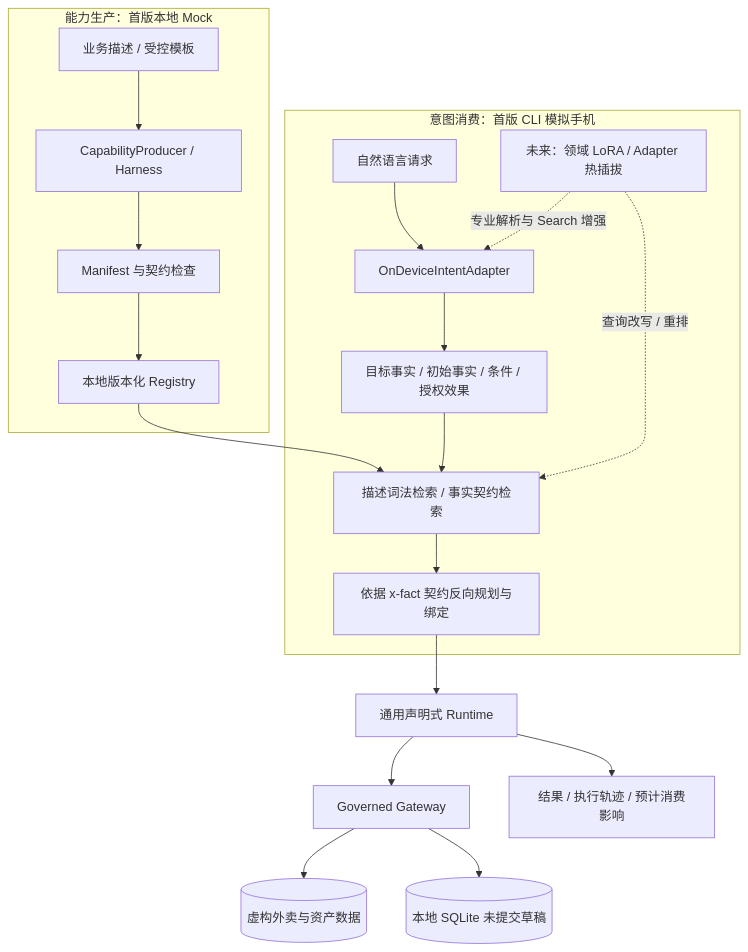
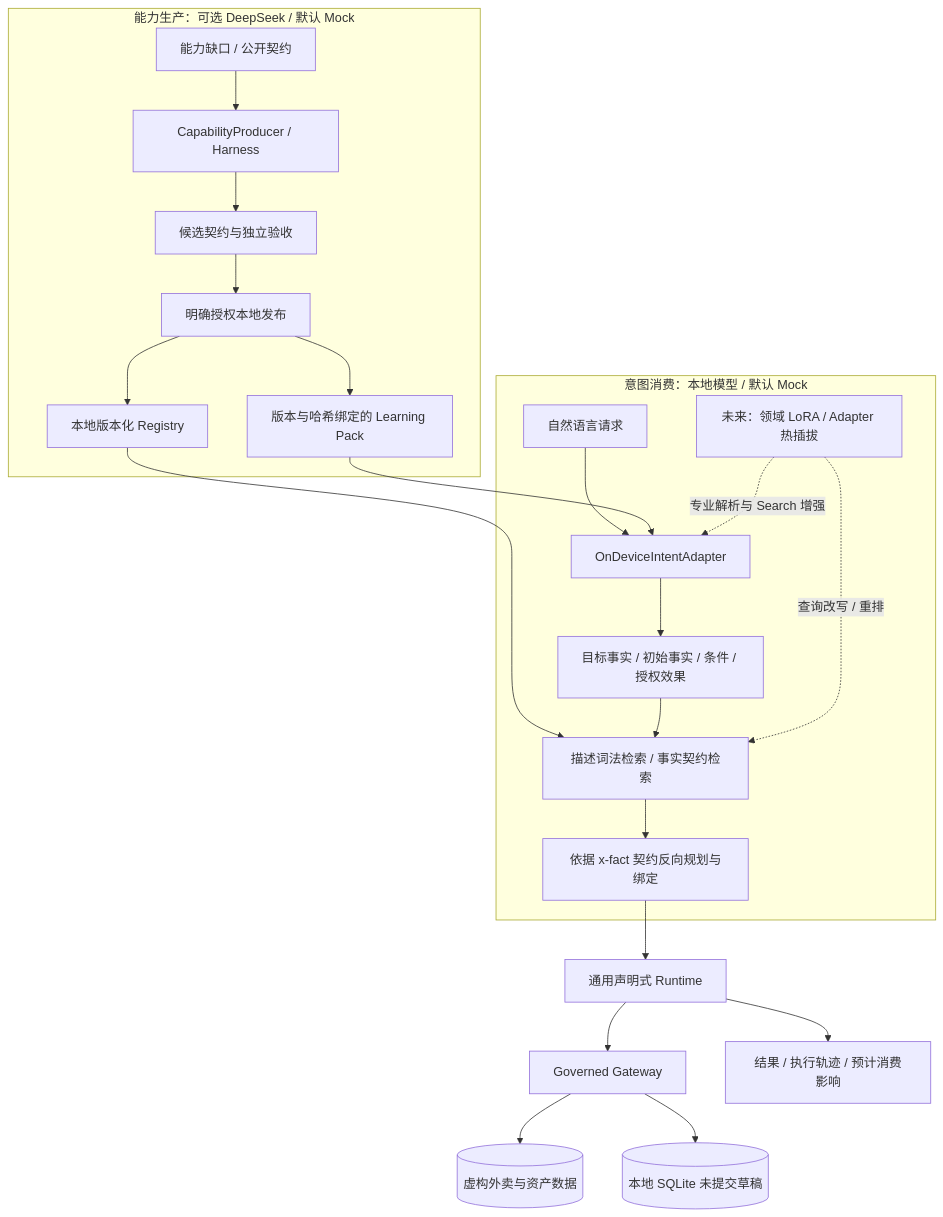
Before and after one commit to Nana7mi77/splice: the first of 2 diagrams in ARCHITECTURE.md, drawn with Mermaid. The commit also changed other lines of this file and 39 other files, not shown here.

````diff
--- a/ARCHITECTURE.md
+++ b/ARCHITECTURE.md
@@ -11,24 +11,27 @@
 ```mermaid
 flowchart TD
-  subgraph Production[能力生产：首版本地 Mock]
-    REQ[业务描述 / 受控模板] --> HARNESS[CapabilityProducer / Harness]
-    HARNESS --> CHECK[Manifest 与契约检查]
-    CHECK --> REG[本地版本化 Registry]
+  subgraph Production[能力生产：可选 DeepSeek / 默认 Mock]
+    REQ[能力缺口 / 公开契约] --> HARNESS[CapabilityProducer / Harness]
+    HARNESS --> CHECK[候选契约与独立验收]
+    CHECK --> APPROVE[明确授权本地发布]
+    APPROVE --> REG[本地版本化 Registry]
+    APPROVE --> PACK[版本与哈希绑定的 Learning Pack]
   end
 
-  subgraph Device[意图消费：首版 CLI 模拟手机]
+  subgraph Device[意图消费：本地模型 / 默认 Mock]
     USER[自然语言请求] --> ADAPTER[OnDeviceIntentAdapter]
     ADAPTER --> INTENT[目标事实 / 初始事实 / 条件 / 授权效果]
     REG --> SEARCH[描述词法检索 / 事实契约检索]
+    PACK --> ADAPTER
     INTENT --> SEARCH
     SEARCH --> PLAN[依据 x-fact 契约反向规划与绑定]
     LORA[未来：领域 LoRA / Adapter 热插拔] -.专业解析与 Search 增强.-> ADAPTER
     LORA -.查询改写 / 重排.-> SEARCH
   end
 
   PLAN --> RUNTIME[通用声明式 Runtime]
   RUNTIME --> GATEWAY[Governed Gateway]
   GATEWAY --> READ[(虚构外卖与资产数据)]
   GATEWAY --> DRAFT[(本地 SQLite 未提交草稿)]
   RUNTIME --> RESULT[结果 / 执行轨迹 / 预计消费影响]
 ```
````
